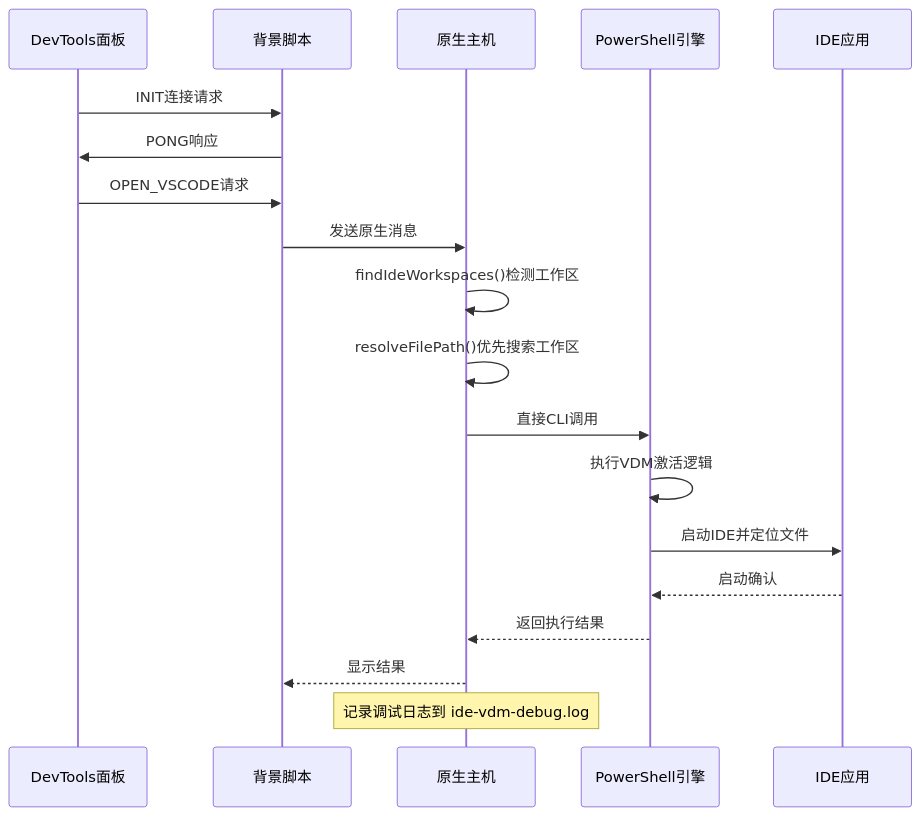
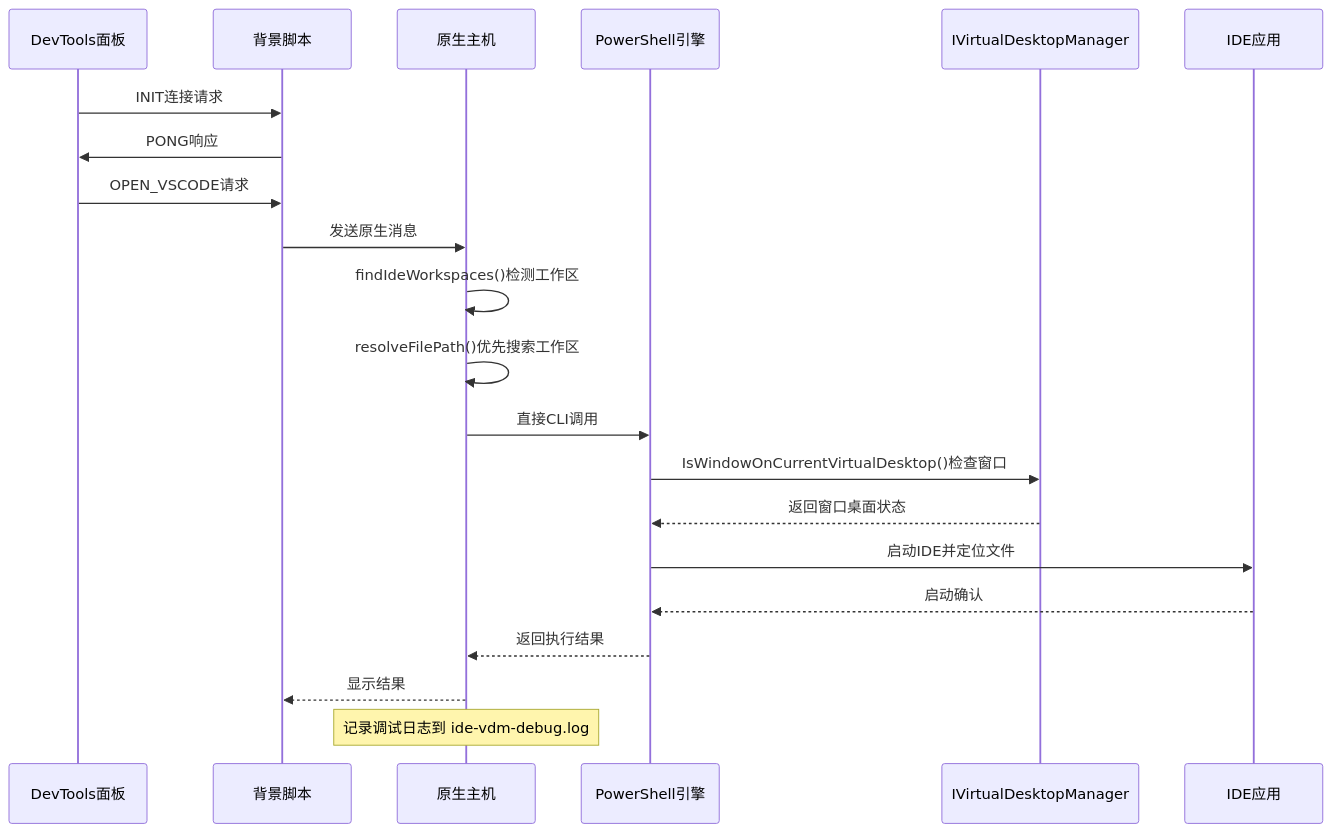
Before and after one commit to wangys-123doit/hotkey: the second of 16 diagrams in .qoder/repowiki/zh/content/外部工具集成/DevTools VS Code 开发者工具集成系统.md, drawn with Mermaid. The commit also changed other lines of this file and 12 other files, not shown here.

````diff
--- a/.qoder/repowiki/zh/content/外部工具集成/DevTools VS Code 开发者工具集成系统.md
+++ b/.qoder/repowiki/zh/content/外部工具集成/DevTools VS Code 开发者工具集成系统.md
@@ -139,21 +153,23 @@
 ```mermaid
 sequenceDiagram
 participant DevTools as DevTools面板
 participant Background as 背景脚本
 participant NativeHost as 原生主机
 participant PowerShell as PowerShell引擎
+participant VDM as IVirtualDesktopManager
 participant IDE as IDE应用
 DevTools->>Background : INIT连接请求
 Background->>DevTools : PONG响应
 DevTools->>Background : OPEN_VSCODE请求
 Background->>NativeHost : 发送原生消息
 NativeHost->>NativeHost : findIdeWorkspaces()检测工作区
 NativeHost->>NativeHost : resolveFilePath()优先搜索工作区
 NativeHost->>PowerShell : 直接CLI调用
-PowerShell->>PowerShell : 执行VDM激活逻辑
+PowerShell->>VDM : IsWindowOnCurrentVirtualDesktop()检查窗口
+VDM-->>PowerShell : 返回窗口桌面状态
 PowerShell->>IDE : 启动IDE并定位文件
 IDE-->>PowerShell : 启动确认
 PowerShell-->>NativeHost : 返回执行结果
 NativeHost-->>Background : 显示结果
 Note over NativeHost : 记录调试日志到 ide-vdm-debug.log
 ```
````
